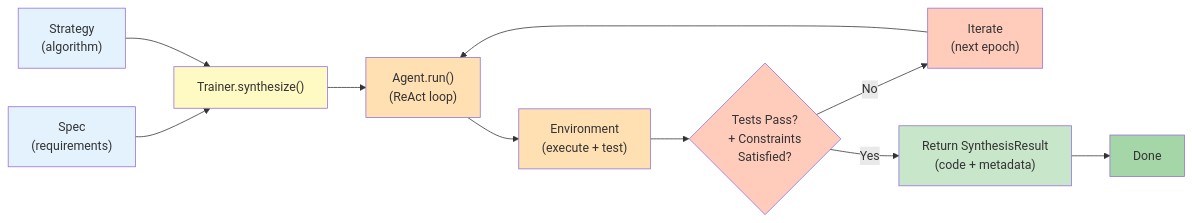
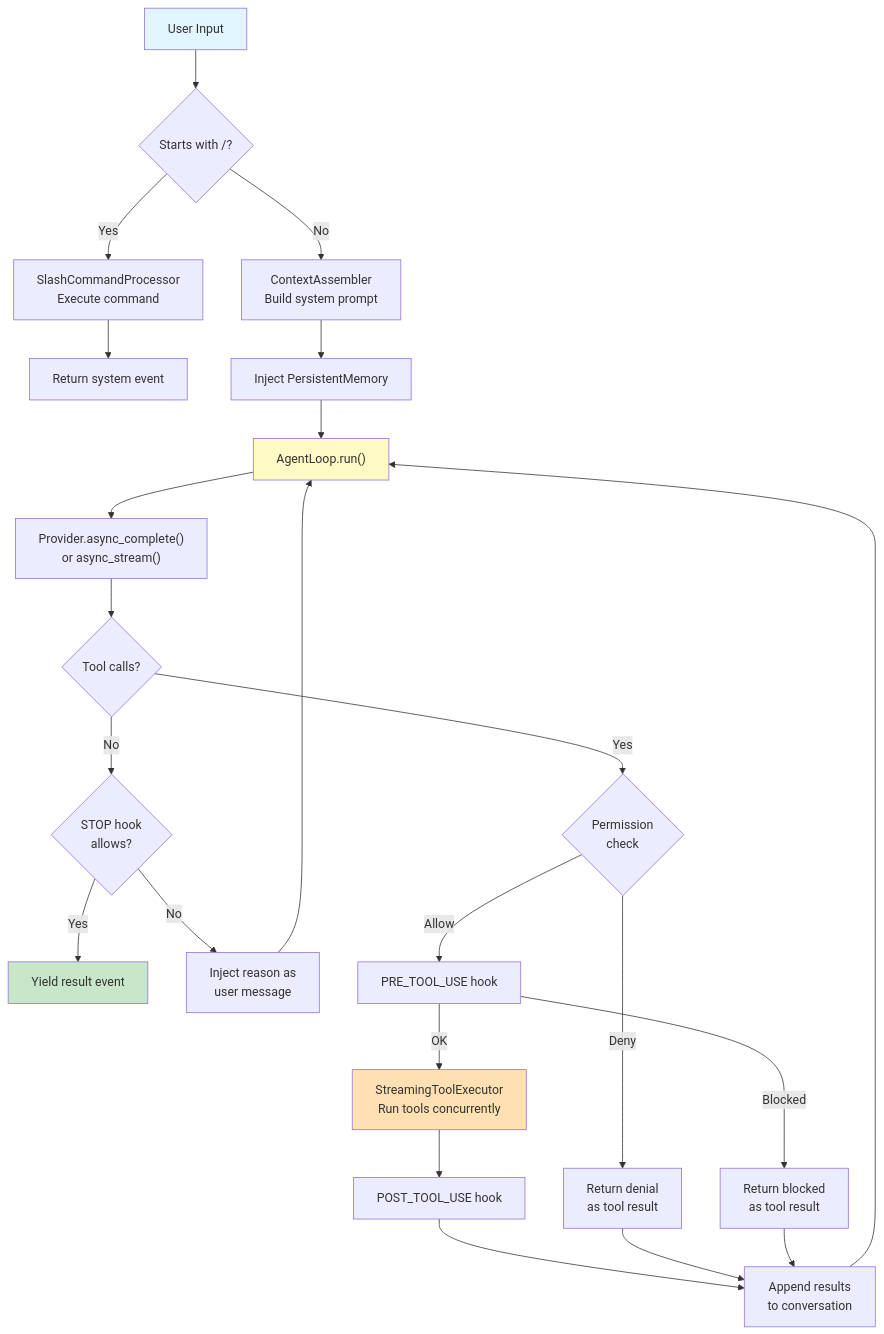
One commit to 0bserver07/chimera changed the third of 3 diagrams in docs/architecture.md. Above: the diagram before and after it, drawn with Mermaid. The commit also changed other lines of this file and 2 other files, not shown here.

First line of the commit message:
docs: rewrite architecture, add module index, add quickstart guide

````diff
--- a/docs/architecture.md
+++ b/docs/architecture.md
@@ -376,31 +154,37 @@
 ```mermaid
-flowchart LR
-    Spec["Spec<br/>(requirements)"]
-    Strategy["Strategy<br/>(algorithm)"]
+flowchart TD
+    Input["User Input"] --> SlashCheck{"Starts with /?"}
 
-    Spec --> Synthesize["Trainer.synthesize()"]
-    Strategy --> Synthesize
+    SlashCheck -->|Yes| CmdProc["SlashCommandProcessor<br/>Execute command"]
+    CmdProc --> CmdResult["Return system event"]
 
-    Synthesize --> AgentRun["Agent.run()<br/>(ReAct loop)"]
+    SlashCheck -->|No| Assemble["ContextAssembler<br/>Build system prompt"]
+    Assemble --> Memory["Inject PersistentMemory"]
+    Memory --> Loop["AgentLoop.run()"]
 
-    AgentRun --> Env["Environment<br/>(execute + test)"]
+    Loop --> Provider["Provider.async_complete()<br/>or async_stream()"]
+    Provider --> HasTools{Tool calls?}
 
-    Env --> TestPass{Tests Pass?<br/>+ Constraints<br/>Satisfied?}
+    HasTools -->|No| StopHook{"STOP hook<br/>allows?"}
+    StopHook -->|Yes| Done["Yield result event"]
+    StopHook -->|No| Inject["Inject reason as<br/>user message"] --> Loop
 
-    TestPass -->|No| Iterate["Iterate<br/>(next epoch)"]
-    Iterate --> AgentRun
+    HasTools -->|Yes| PermCheck{"Permission<br/>check"}
+    PermCheck -->|Deny| DenyResult["Return denial<br/>as tool result"]
+    PermCheck -->|Allow| PreHook["PRE_TOOL_USE hook"]
 
-    TestPass -->|Yes| Return["Return SynthesisResult<br/>(code + metadata)"]
+    PreHook -->|Blocked| BlockResult["Return blocked<br/>as tool result"]
+    PreHook -->|OK| Execute["StreamingToolExecutor<br/>Run tools concurrently"]
 
-    Return --> End["Done"]
+    Execute --> PostHook["POST_TOOL_USE hook"]
+    PostHook --> Append["Append results<br/>to conversation"]
 
-    style Spec fill:#e3f2fd
-    style Strategy fill:#e3f2fd
-    style Synthesize fill:#fff9c4
-    style AgentRun fill:#ffe0b2
-    style Env fill:#ffe0b2
-    style TestPass fill:#ffccbc
-    style Iterate fill:#ffccbc
-    style Return fill:#c8e6c9
-    style End fill:#a5d6a7
+    DenyResult --> Append
+    BlockResult --> Append
+    Append --> Loop
+
+    style Input fill:#e1f5ff
+    style Done fill:#c8e6c9
+    style Loop fill:#fff9c4
+    style Execute fill:#ffe0b2
 ```
````
